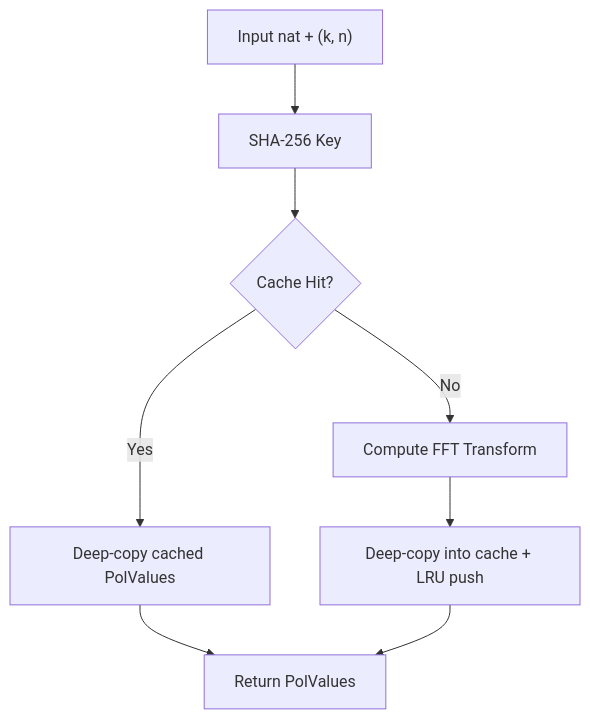
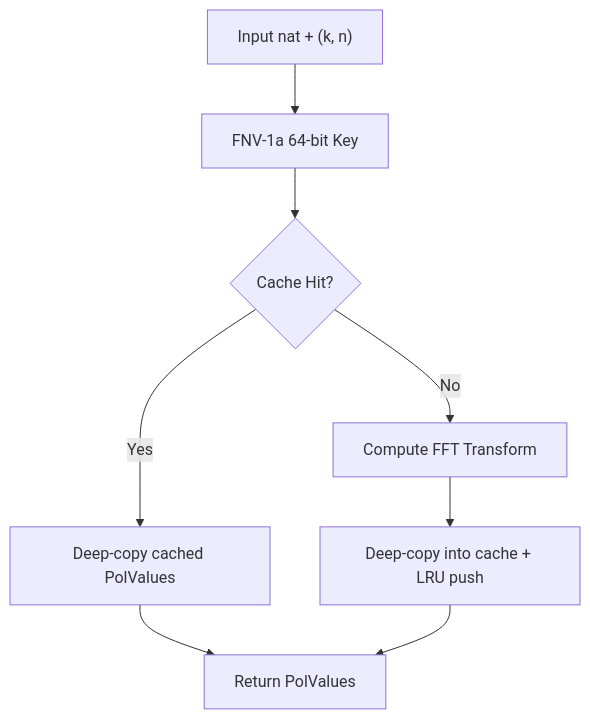
One commit to agbruneau/Fibonacci changed the fourth of 5 diagrams in docs/algorithms/BIGFFT.md. Above: the diagram before and after it, drawn with Mermaid. The commit also changed other lines of this file and 20 other files, not shown here.

````diff
--- a/docs/algorithms/BIGFFT.md
+++ b/docs/algorithms/BIGFFT.md
@@ -523,10 +537,10 @@
 ```mermaid
 flowchart TD
-    Input["Input nat + (k, n)"] --> Hash["SHA-256 Key"]
+    Input["Input nat + (k, n)"] --> Hash["FNV-1a 64-bit Key"]
     Hash --> Lookup{"Cache Hit?"}
     Lookup -->|Yes| Clone["Deep-copy cached PolValues"]
     Lookup -->|No| Compute["Compute FFT Transform"]
     Compute --> Store["Deep-copy into cache + LRU push"]
     Clone --> Return["Return PolValues"]
     Store --> Return
 ```
````
